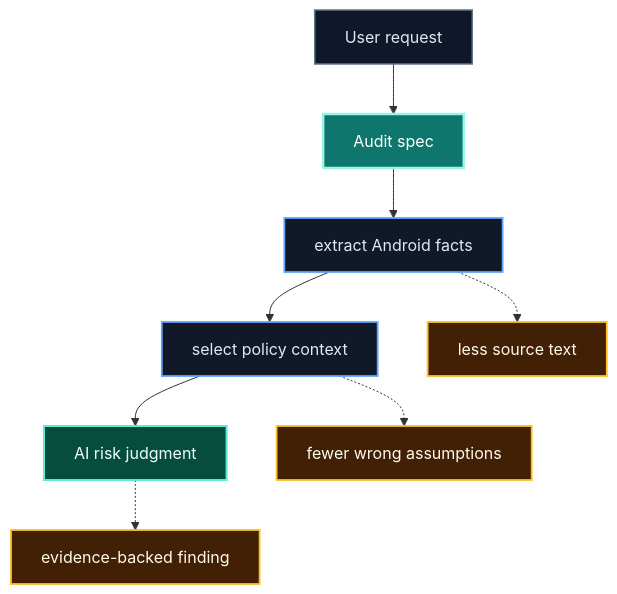
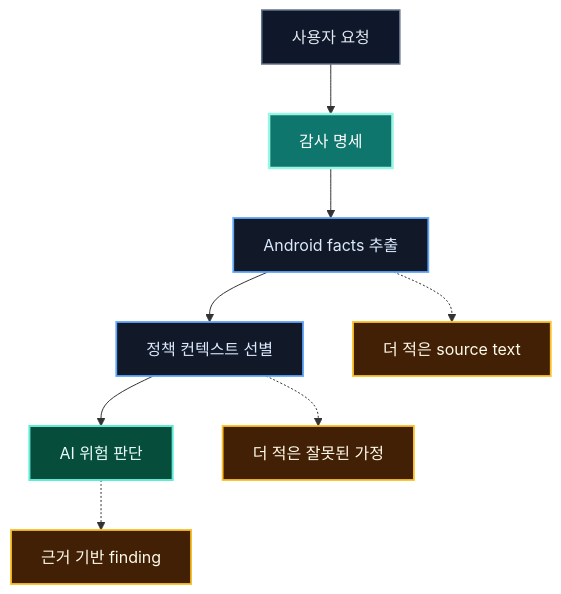
One commit to koalav/present-anyything changed diagram 13 of 14 in content/decks/ai-agent-effective-use/mermaid-diagrams.md. Above: the diagram before and after it, drawn with Mermaid. The commit also changed other lines of this file and 19 other files, not shown here.

````diff
--- a/content/decks/ai-agent-effective-use/mermaid-diagrams.md
+++ b/content/decks/ai-agent-effective-use/mermaid-diagrams.md
@@ -307,15 +266,15 @@
 ```mermaid
 flowchart TB
-  Request["User request"]:::input --> Spec["Audit spec"]:::core
-  Spec --> Facts["extract Android facts"]:::step
-  Facts --> Context["select policy context"]:::step
-  Context --> Judge["AI risk judgment"]:::success
-  Facts -.-> Noise["less source text"]:::benefit
-  Context -.-> Accuracy["fewer wrong assumptions"]:::benefit
-  Judge -.-> Trust["evidence-backed finding"]:::benefit
+  Request["사용자 요청"]:::input --> Spec["감사 명세"]:::core
+  Spec --> Facts["Android facts 추출"]:::step
+  Facts --> Context["정책 컨텍스트 선별"]:::step
+  Context --> Judge["AI 위험 판단"]:::success
+  Facts -.-> Noise["더 적은 source text"]:::benefit
+  Context -.-> Accuracy["더 적은 잘못된 가정"]:::benefit
+  Judge -.-> Trust["근거 기반 finding"]:::benefit
   classDef input fill:#0f172a,stroke:#64748b,color:#e2e8f0,stroke-width:1.5px;
   classDef core fill:#0f766e,stroke:#99f6e4,color:#ffffff,stroke-width:2.5px;
   classDef step fill:#111827,stroke:#60a5fa,color:#dbeafe,stroke-width:1.8px;
   classDef success fill:#064e3b,stroke:#5eead4,color:#ecfeff,stroke-width:2px;
   classDef benefit fill:#422006,stroke:#fbbf24,color:#fffbeb,stroke-width:1.8px;
 ```
````
